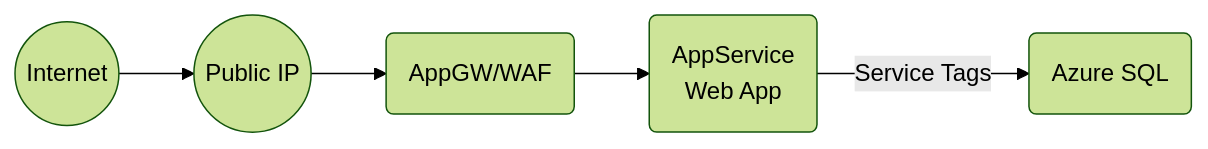
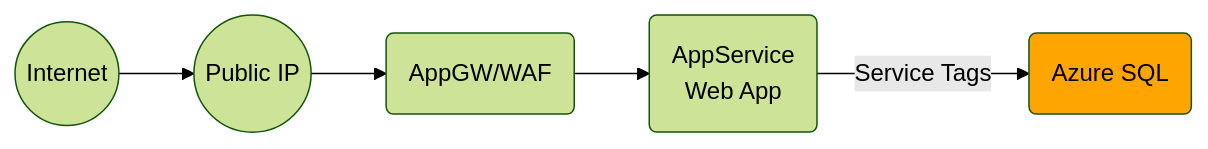
One commit to msalemor/app-services-networking changed the third of 7 diagrams in README.md. Above: the diagram before and after it, drawn with Mermaid (forest theme). The commit also changed other lines of this file, not shown here.

````diff
--- a/README.md
+++ b/README.md
@@ -82,7 +84,9 @@
 ```mermaid
 graph LR;
     A((Internet))-->B((Public IP));
     B-->C(AppGW/WAF);
     C-->D(AppService<br/>Web App);
     D-- Service Tags -->E(Azure SQL);
+    classDef semisafe fill:orange,color:black;
+    class E semisafe;
 ```
````
